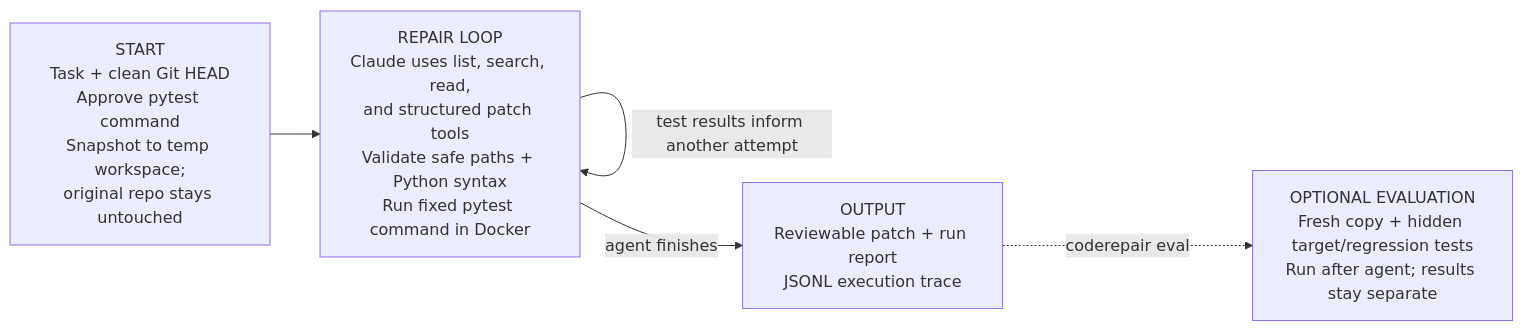
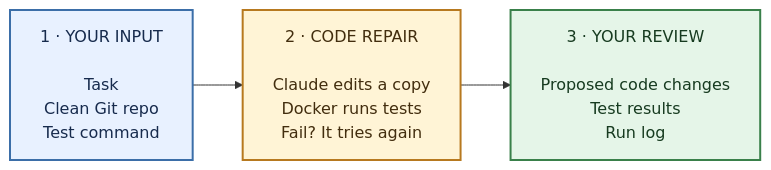
The diagram in README.md (androodo/CodeRepair), drawn with Mermaid before and after one commit. The commit also changed other lines of this file, not shown here.

Commit message:
docs: improve architecture chart readability

````diff
--- a/README.md
+++ b/README.md
@@ -20,12 +17,16 @@
 ```mermaid
 flowchart LR
-    A["START<br/>Task + clean Git HEAD<br/>Approve pytest command<br/>Snapshot to temp workspace;<br/>original repo stays untouched"]
-    B["REPAIR LOOP<br/>Claude uses list, search, read,<br/>and structured patch tools<br/>Validate safe paths + Python syntax<br/>Run fixed pytest command in Docker"]
-    C["OUTPUT<br/>Reviewable patch + run report<br/>JSONL execution trace"]
-    D["OPTIONAL EVALUATION<br/>Fresh copy + hidden target/regression tests<br/>Run after agent; results stay separate"]
+    A["1 · YOUR INPUT<br/><br/>Task<br/>Clean Git repo<br/>Test command"]
+    B["2 · CODE REPAIR<br/><br/>Claude edits a copy<br/>Docker runs tests<br/>Fail? It tries again"]
+    C["3 · YOUR REVIEW<br/><br/>Proposed code changes<br/>Test results<br/>Run log"]
 
     A --> B
-    B -->|"test results inform another attempt"| B
-    B -->|"agent finishes"| C
-    C -. "coderepair eval" .-> D
+    B --> C
+
+    classDef input fill:#e8f1ff,stroke:#3b6ea8,color:#172b4d,stroke-width:2px
+    classDef repair fill:#fff4d6,stroke:#b7791f,color:#422d0e,stroke-width:2px
+    classDef review fill:#e5f5e8,stroke:#39804a,color:#173b20,stroke-width:2px
+    class A input
+    class B repair
+    class C review
 ```
````
